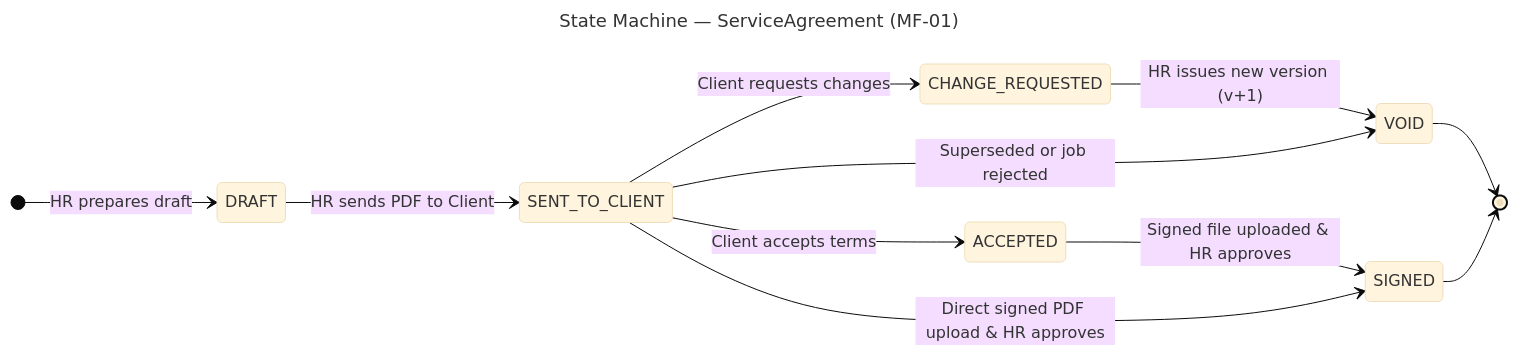
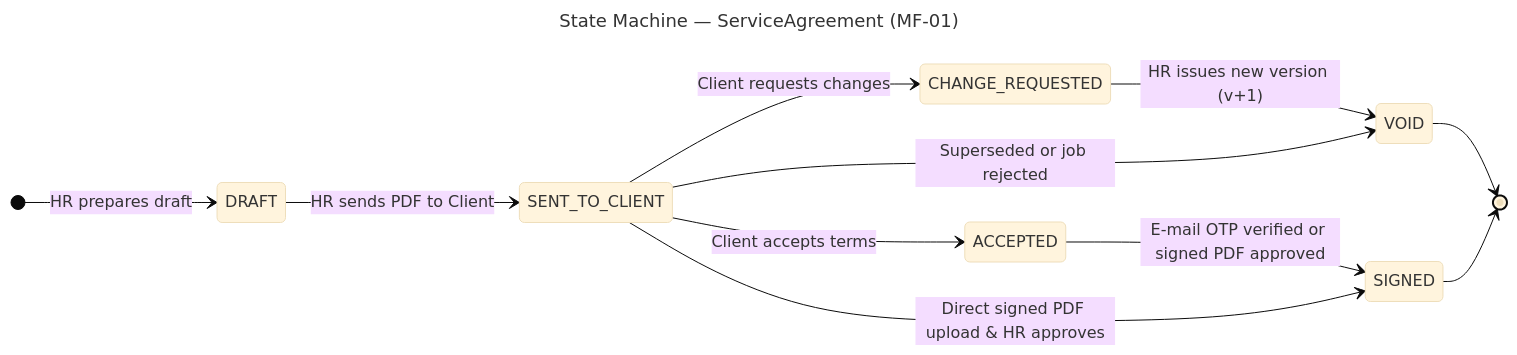
Before and after one commit to hoangqui794/hr-connect: the diagram in docs/diagrams/state-machines/source/sm-service-agreement.mmd, drawn with Mermaid (base theme). The commit also changed 40 other files, not shown here.

Commit message:
chore(mf02): update MF02 call flow specification and synchronize system state definitions

```diff
--- a/docs/diagrams/state-machines/source/sm-service-agreement.mmd
+++ b/docs/diagrams/state-machines/source/sm-service-agreement.mmd
@@ -1,15 +1,15 @@
 ---
 title: State Machine — ServiceAgreement (MF-01)
 ---
 stateDiagram-v2
   direction LR
   [*] --> DRAFT : HR prepares draft
   DRAFT --> SENT_TO_CLIENT : HR sends PDF to Client
   SENT_TO_CLIENT --> CHANGE_REQUESTED : Client requests changes
   CHANGE_REQUESTED --> VOID : HR issues new version (v+1)
   SENT_TO_CLIENT --> ACCEPTED : Client accepts terms
-  ACCEPTED --> SIGNED : Signed file uploaded & HR approves
+  ACCEPTED --> SIGNED : E-mail OTP verified or signed PDF approved
   SENT_TO_CLIENT --> SIGNED : Direct signed PDF upload & HR approves
   SENT_TO_CLIENT --> VOID : Superseded or job rejected
   VOID --> [*]
   SIGNED --> [*]
```
